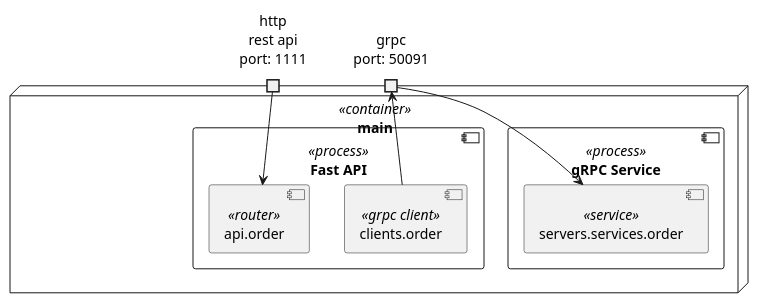
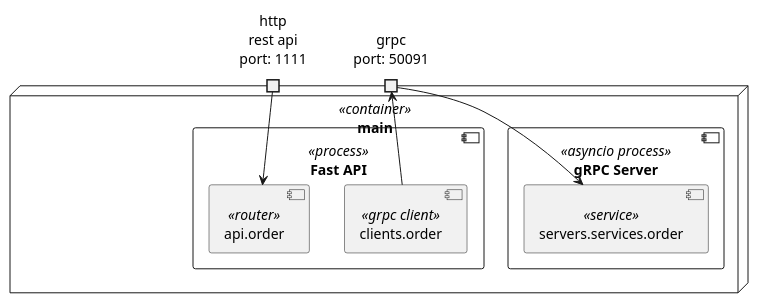
One commit to arootcom/grpc-fastapi changed the diagram in adr/day1/deploy-singl.puml. Above: the diagram before and after it, drawn with PlantUML. The commit also changed 2 other files, not shown here.

```diff
--- a/adr/day1/deploy-singl.puml
+++ b/adr/day1/deploy-singl.puml
@@ -1,29 +1,29 @@
 @startuml
 
 '!theme plain
 'skinparam {
 '  shadowing false
 '  nodesep 50
 '  ranksep 100
 '  linetype ortho
 '}
 
 node main <<container>> {
     portin http as "http\nrest api\nport: 1111"
     portin grpc as "grpc\nport: 50091"
 
     component api as "Fast API" <<process>> {
         component router as "api.order" <<router>>
         http --> router
 
         component client as "clients.order" <<grpc client>>
         client --> grpc
     }
 
-    component server as "gRPC Service" <<process>> {
+    component server as "gRPC Server" <<asyncio process>> {
         component orders as "servers.services.order" <<service>>
     }
     grpc --> orders
 }
 
 @enduml
```
